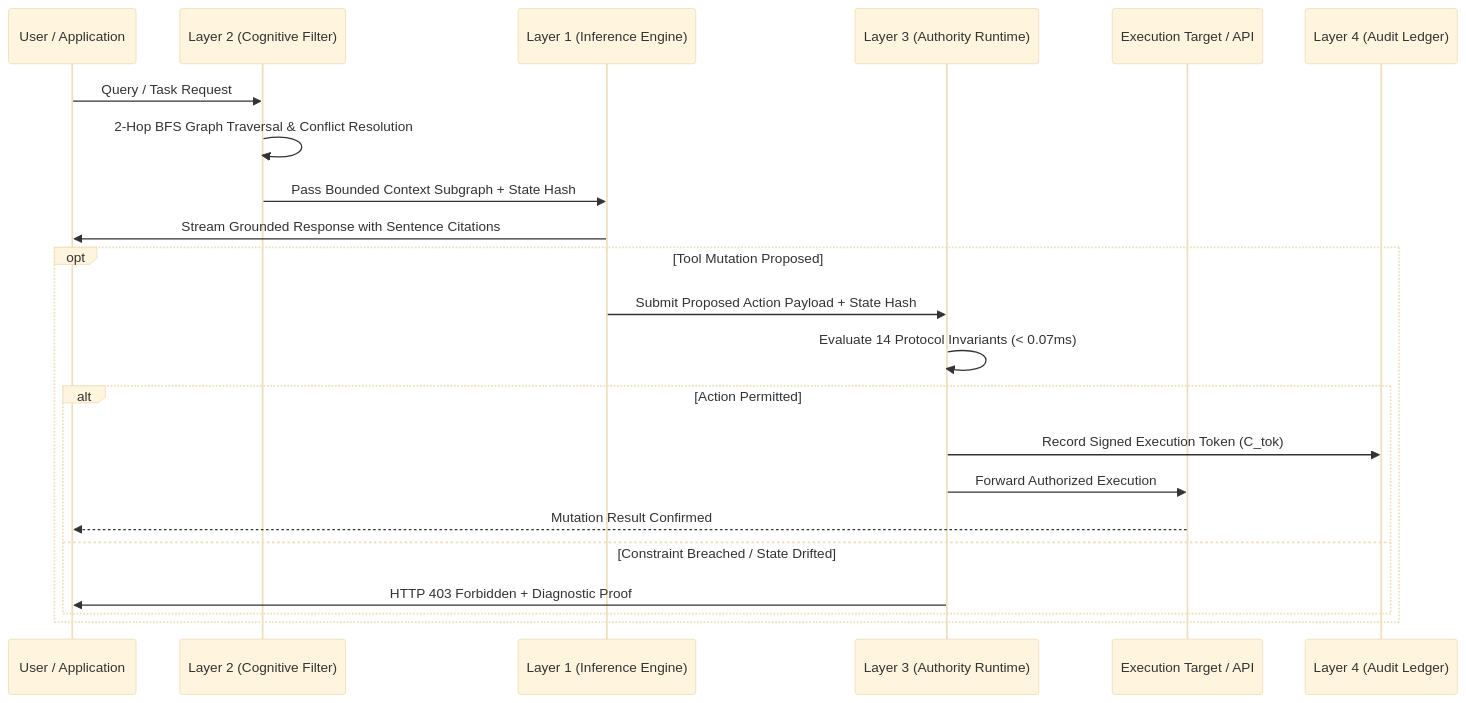
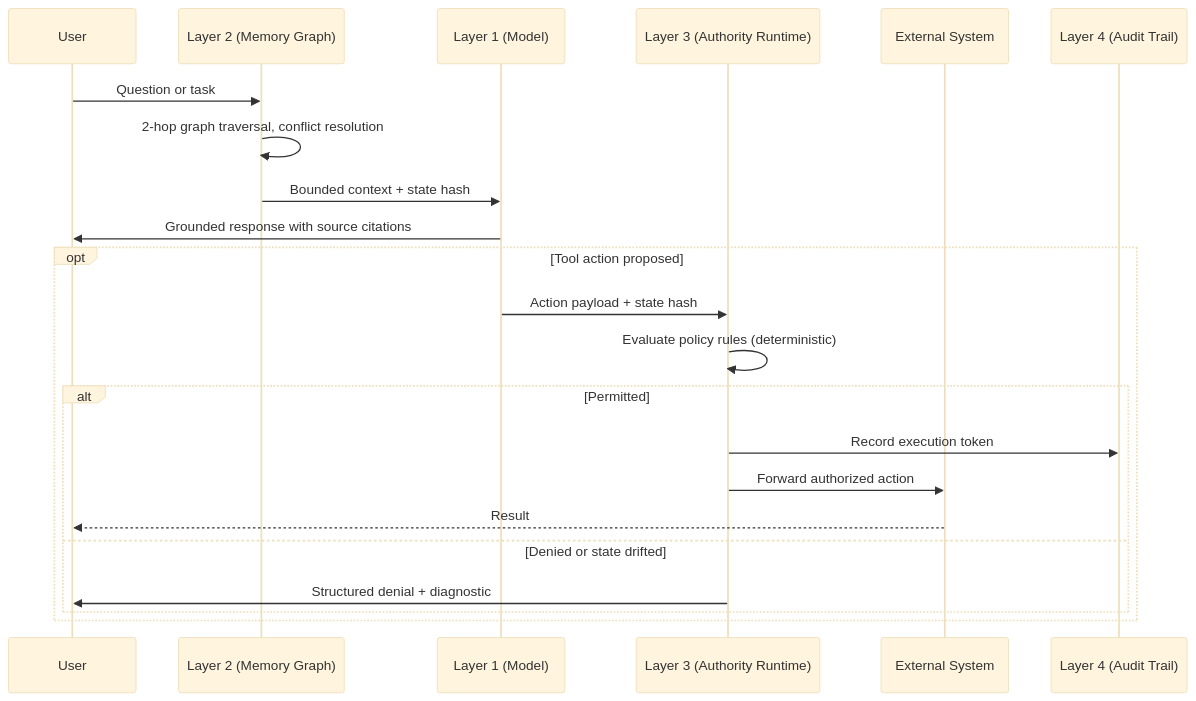
The diagram in 0001-exogram-execution-authority.md (Richard-Ewing/exogram-protocol-rfc), drawn with Mermaid (base theme) before and after one commit. The commit also changed other lines of this file and 1 other file, not shown here.

Commit message:
feat: rewrite RFC as LLM product spec with genuine human voice

````diff
--- a/0001-exogram-execution-authority.md
+++ b/0001-exogram-execution-authority.md
@@ -112,25 +108,25 @@
 ```mermaid
 sequenceDiagram
-    participant User as User / Application
-    participant Filter as Layer 2 (Cognitive Filter)
-    participant LLM as Layer 1 (Inference Engine)
+    participant User as User
+    participant Memory as Layer 2 (Memory Graph)
+    participant LLM as Layer 1 (Model)
     participant Gate as Layer 3 (Authority Runtime)
-    participant Target as Execution Target / API
-    participant Ledger as Layer 4 (Audit Ledger)
-    
-    User->>Filter: Query / Task Request
-    Filter->>Filter: 2-Hop BFS Graph Traversal & Conflict Resolution
-    Filter->>LLM: Pass Bounded Context Subgraph + State Hash
-    LLM->>User: Stream Grounded Response with Sentence Citations
-    opt Tool Mutation Proposed
-        LLM->>Gate: Submit Proposed Action Payload + State Hash
-        Gate->>Gate: Evaluate 14 Protocol Invariants (< 0.07ms)
-        alt Action Permitted
-            Gate->>Ledger: Record Signed Execution Token (C_tok)
-            Gate->>Target: Forward Authorized Execution
-            Target-->>User: Mutation Result Confirmed
-        else Constraint Breached / State Drifted
-            Gate->>User: HTTP 403 Forbidden + Diagnostic Proof
+    participant Target as External System
+    participant Ledger as Layer 4 (Audit Trail)
+
+    User->>Memory: Question or task
+    Memory->>Memory: 2-hop graph traversal, conflict resolution
+    Memory->>LLM: Bounded context + state hash
+    LLM->>User: Grounded response with source citations
+    opt Tool action proposed
+        LLM->>Gate: Action payload + state hash
+        Gate->>Gate: Evaluate policy rules (deterministic)
+        alt Permitted
+            Gate->>Ledger: Record execution token
+            Gate->>Target: Forward authorized action
+            Target-->>User: Result
+        else Denied or state drifted
+            Gate->>User: Structured denial + diagnostic
         end
     end
 ```
````
